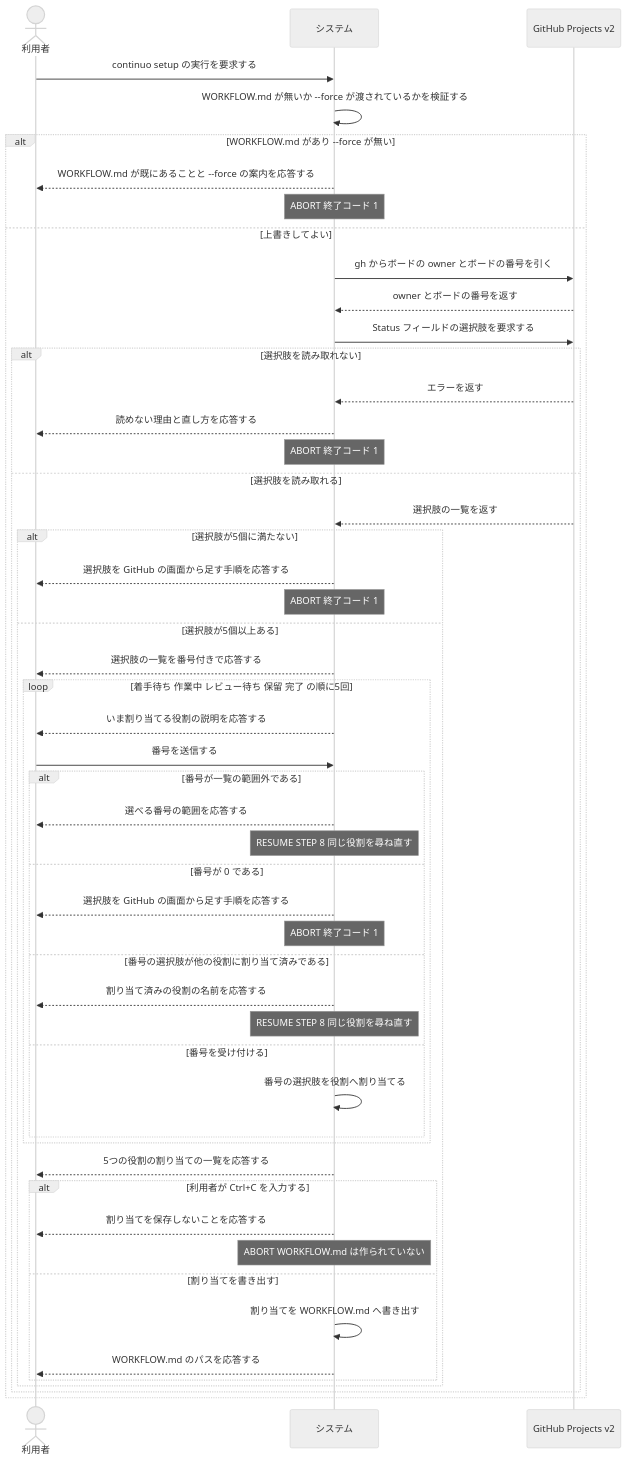
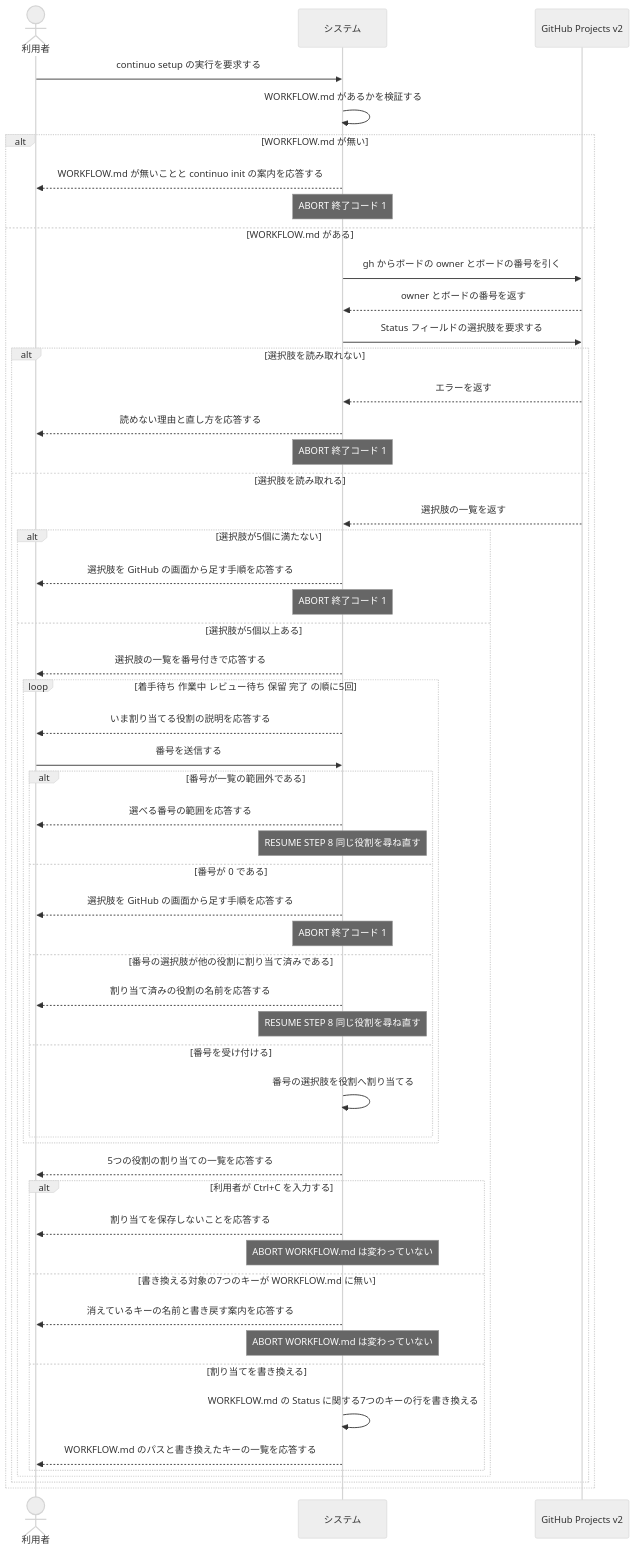
Before and after one commit to maimuzo/continuo: the second of 2 diagrams in docs/spec/usecases/particular_case/既存のボードの Status を割り当てる.rucm.md, drawn with Mermaid (neutral theme). The commit also changed other lines of this file and 25 other files, not shown here.

````diff
--- a/docs/spec/usecases/particular_case/既存のボードの Status を割り当てる.rucm.md
+++ b/docs/spec/usecases/particular_case/既存のボードの Status を割り当てる.rucm.md
@@ -234,54 +254,57 @@
 ```mermaid
 sequenceDiagram
     actor User as 利用者
     participant Sys as システム
     participant GH as GitHub Projects v2
 
     User->>Sys: continuo setup の実行を要求する
-    Sys->>Sys: WORKFLOW.md が無いか --force が渡されているかを検証する
-    alt WORKFLOW.md があり --force が無い
-        Sys-->>User: WORKFLOW.md が既にあることと --force の案内を応答する
+    Sys->>Sys: WORKFLOW.md があるかを検証する
+    alt WORKFLOW.md が無い
+        Sys-->>User: WORKFLOW.md が無いことと continuo init の案内を応答する
         Note over Sys: ABORT 終了コード 1
-    else 上書きしてよい
+    else WORKFLOW.md がある
         Sys->>GH: gh からボードの owner とボードの番号を引く
         GH-->>Sys: owner とボードの番号を返す
         Sys->>GH: Status フィールドの選択肢を要求する
         alt 選択肢を読み取れない
             GH-->>Sys: エラーを返す
             Sys-->>User: 読めない理由と直し方を応答する
             Note over Sys: ABORT 終了コード 1
         else 選択肢を読み取れる
             GH-->>Sys: 選択肢の一覧を返す
             alt 選択肢が5個に満たない
                 Sys-->>User: 選択肢を GitHub の画面から足す手順を応答する
                 Note over Sys: ABORT 終了コード 1
             else 選択肢が5個以上ある
                 Sys-->>User: 選択肢の一覧を番号付きで応答する
                 loop 着手待ち 作業中 レビュー待ち 保留 完了 の順に5回
                     Sys-->>User: いま割り当てる役割の説明を応答する
                     User->>Sys: 番号を送信する
                     alt 番号が一覧の範囲外である
                         Sys-->>User: 選べる番号の範囲を応答する
                         Note over Sys: RESUME STEP 8 同じ役割を尋ね直す
                     else 番号が 0 である
                         Sys-->>User: 選択肢を GitHub の画面から足す手順を応答する
                         Note over Sys: ABORT 終了コード 1
                     else 番号の選択肢が他の役割に割り当て済みである
                         Sys-->>User: 割り当て済みの役割の名前を応答する
                         Note over Sys: RESUME STEP 8 同じ役割を尋ね直す
                     else 番号を受け付ける
                         Sys->>Sys: 番号の選択肢を役割へ割り当てる
                     end
                 end
                 Sys-->>User: 5つの役割の割り当ての一覧を応答する
                 alt 利用者が Ctrl+C を入力する
                     Sys-->>User: 割り当てを保存しないことを応答する
-                    Note over Sys: ABORT WORKFLOW.md は作られていない
-                else 割り当てを書き出す
-                    Sys->>Sys: 割り当てを WORKFLOW.md へ書き出す
-                    Sys-->>User: WORKFLOW.md のパスを応答する
+                    Note over Sys: ABORT WORKFLOW.md は変わっていない
+                else 書き換える対象の7つのキーが WORKFLOW.md に無い
+                    Sys-->>User: 消えているキーの名前と書き戻す案内を応答する
+                    Note over Sys: ABORT WORKFLOW.md は変わっていない
+                else 割り当てを書き換える
+                    Sys->>Sys: WORKFLOW.md の Status に関する7つのキーの行を書き換える
+                    Sys-->>User: WORKFLOW.md のパスと書き換えたキーの一覧を応答する
                 end
             end
         end
     end
 ```
````
